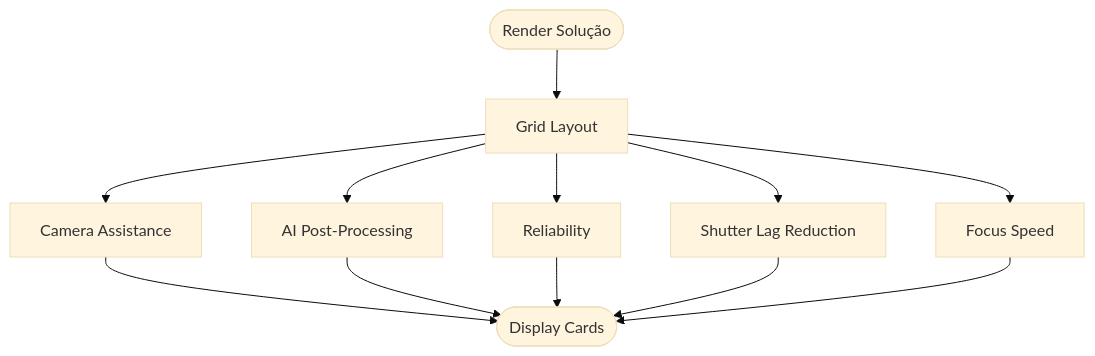
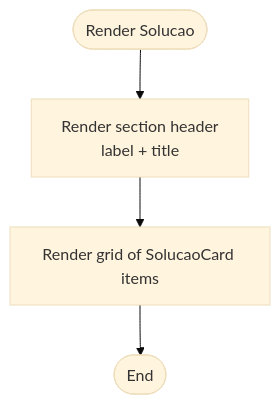
Before and after one commit to isadorabassoasseiro-boop/OptiCode: the third of 8 diagrams in .qoder/repowiki/en/content/Project Overview.md, drawn with Mermaid (base theme). The commit also changed other lines of this file and 35 other files, not shown here.

````diff
--- a/.qoder/repowiki/en/content/Project Overview.md
+++ b/.qoder/repowiki/en/content/Project Overview.md
@@ -191,14 +171,6 @@
 ```mermaid
 flowchart TD
-Start(["Render Solução"]) --> Grid["Grid Layout"]
-Grid --> Card1["Camera Assistance"]
-Grid --> Card2["AI Post-Processing"]
-Grid --> Card3["Reliability"]
-Grid --> Card4["Shutter Lag Reduction"]
-Grid --> Card5["Focus Speed"]
-Card1 --> End(["Display Cards"])
-Card2 --> End
-Card3 --> End
-Card4 --> End
-Card5 --> End
+Start(["Render Solucao"]) --> Header["Render section header<br/>label + title"]
+Header --> Cards["Render grid of SolucaoCard items"]
+Cards --> End(["End"])
 ```
````
